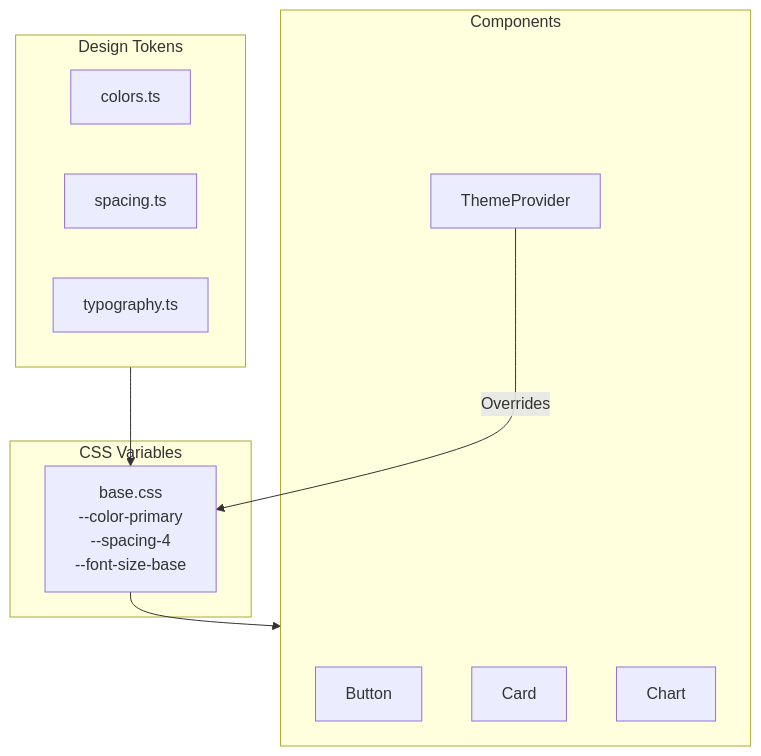
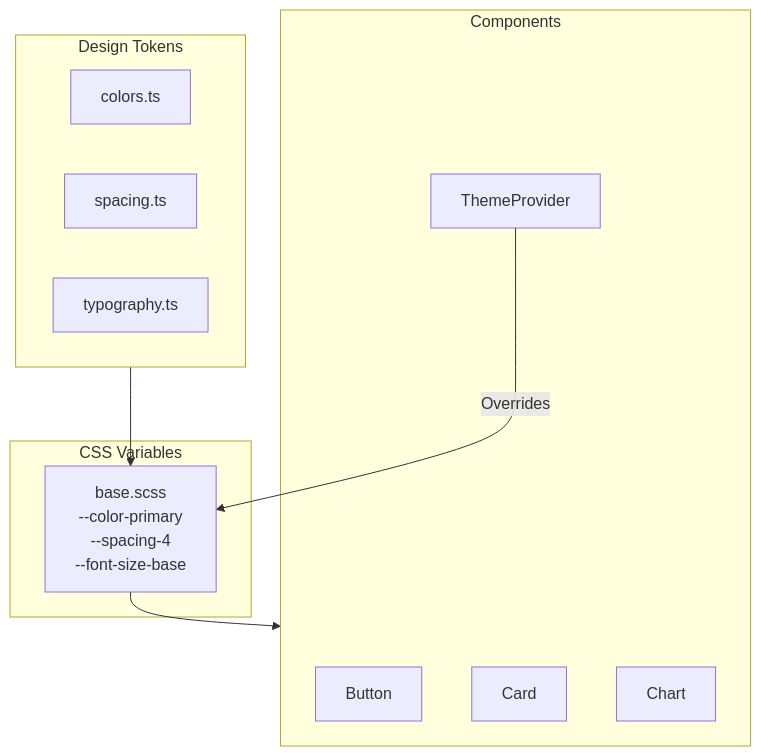
The second of 2 diagrams in README.md (Emanuel-Ramos/tech-challenge), drawn with Mermaid before and after one commit. The commit also changed other lines of this file and 11 other files, not shown here.

````diff
--- a/README.md
+++ b/README.md
@@ -82,23 +481,26 @@
 ```mermaid
 flowchart TB
     subgraph Tokens["Design Tokens"]
         Colors["colors.ts"]
         Spacing["spacing.ts"]
         Typography["typography.ts"]
     end
 
     subgraph Components["Components"]
         Button["Button"]
         Card["Card"]
         Chart["Chart<T>"]
         ThemeProvider["ThemeProvider"]
     end
 
     subgraph Styles["CSS Variables"]
-        Base["base.css\n--color-primary\n--spacing-4\n--font-size-base"]
+        Base["base.scss
+        --color-primary
+        --spacing-4
+        --font-size-base"]
     end
 
     Tokens --> Base
     Base --> Components
     ThemeProvider -->|"Overrides"| Base
 ```
````
